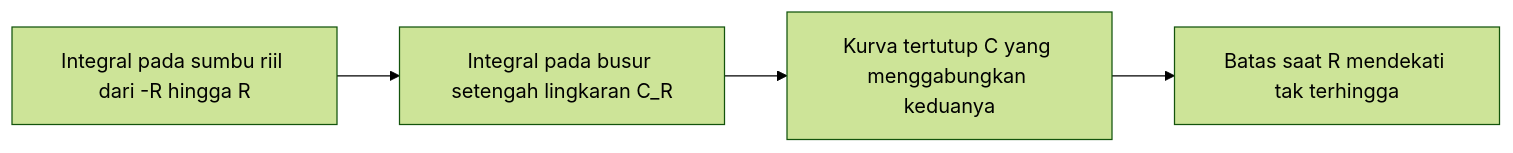
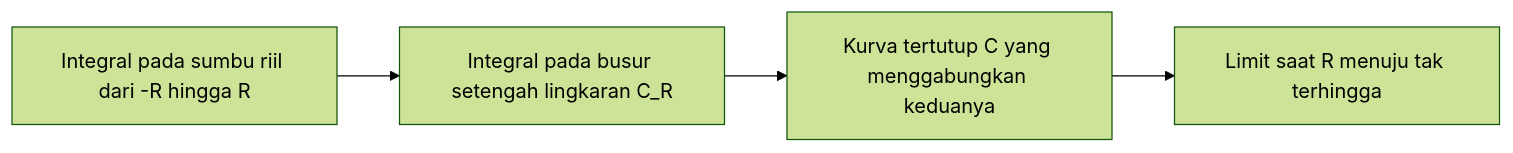
One commit to kenjinote/blog changed the second of 3 diagrams in content/post/residue-theorem/index.id.md. Above: the diagram before and after it, drawn with Mermaid (forest theme). The commit also changed other lines of this file and 8 other files, not shown here.

````diff
--- a/content/post/residue-theorem/index.id.md
+++ b/content/post/residue-theorem/index.id.md
@@ -80,6 +81,6 @@
 ```mermaid
 flowchart LR
     A["Integral pada sumbu riil dari -R hingga R"] --> B["Integral pada busur setengah lingkaran C_R"]
     B --> C["Kurva tertutup C yang menggabungkan keduanya"]
-    C --> D["Batas saat R mendekati tak terhingga"]
+    C --> D["Limit saat R menuju tak terhingga"]
 ```
````
